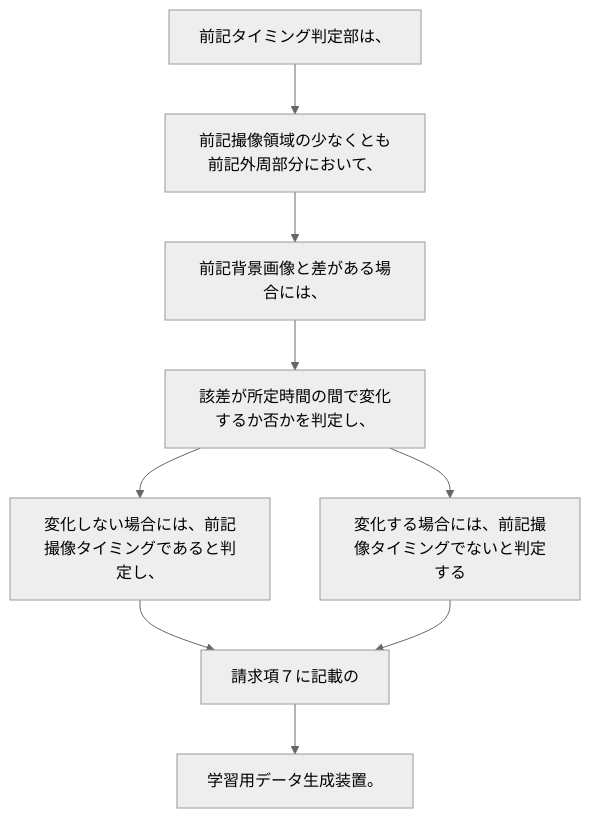
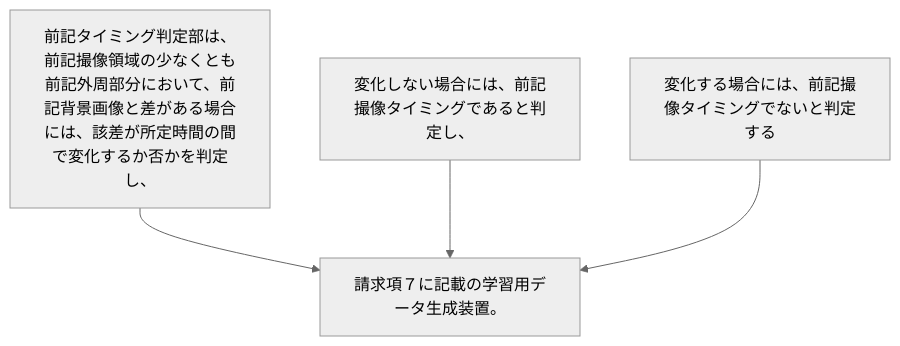
The diagram in 2024/JP2024000284A/claim_8/claim_8_graph.md (shinmori55/patent_analyzed), drawn with Mermaid (neutral theme) before and after one commit. The commit also changed 15 other files, not shown here.

````diff
--- a/2024/JP2024000284A/claim_8/claim_8_graph.md
+++ b/2024/JP2024000284A/claim_8/claim_8_graph.md
@@ -1,19 +1,10 @@
 ```mermaid
 flowchart TD
-A[前記タイミング判定部は、]
-B[前記撮像領域の少なくとも前記外周部分において、]
-C[前記背景画像と差がある場合には、]
-D[該差が所定時間の間で変化するか否かを判定し、]
-E[変化しない場合には、前記撮像タイミングであると判定し、]
-F[変化する場合には、前記撮像タイミングでないと判定する]
-G[請求項７に記載の]
-H[学習用データ生成装置。]
-A --> B
-B --> C
+A[前記タイミング判定部は、前記撮像領域の少なくとも前記外周部分において、前記背景画像と差がある場合には、該差が所定時間の間で変化するか否かを判定し、]
+B[変化しない場合には、前記撮像タイミングであると判定し、]
+C[変化する場合には、前記撮像タイミングでないと判定する]
+D[請求項７に記載の学習用データ生成装置。]
+A --> D
+B --> D
 C --> D
-D --> E
-D --> F
-E --> G
-F --> G
-G --> H
 ```
````
